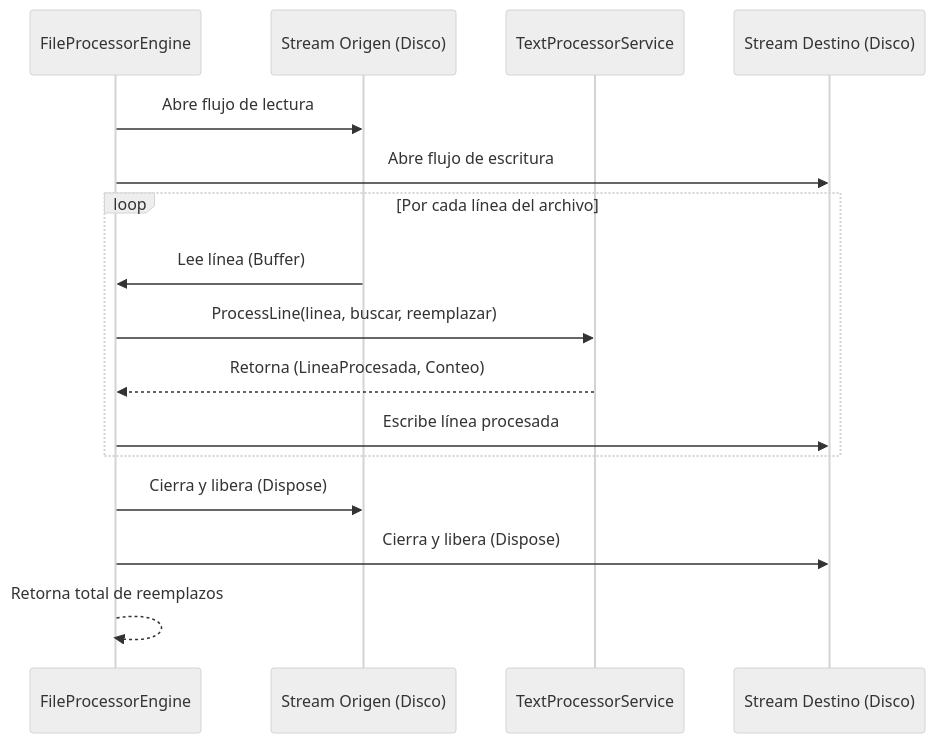
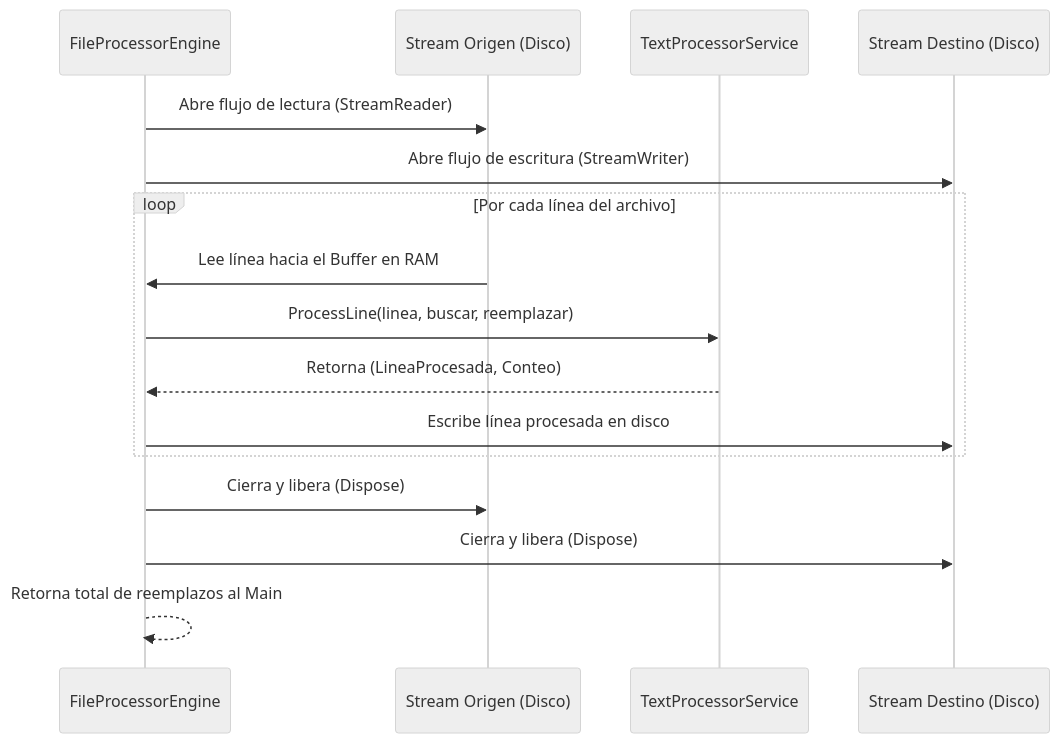
The second of 2 diagrams in README.md (mleyvalamas/app-mll-auraquantic), drawn with Mermaid (neutral theme) before and after one commit. The commit also changed other lines of this file and 2 other files, not shown here.

````diff
--- a/README.md
+++ b/README.md
@@ -76,21 +136,21 @@
 ```mermaid
-    sequenceDiagram
+sequenceDiagram
     participant App as FileProcessorEngine
     participant SRC as Stream Origen (Disco)
     participant PROC as TextProcessorService
     participant DST as Stream Destino (Disco)
 
-    App->>SRC: Abre flujo de lectura
-    App->>DST: Abre flujo de escritura
+    App->>SRC: Abre flujo de lectura (StreamReader)
+    App->>DST: Abre flujo de escritura (StreamWriter)
     
     loop Por cada línea del archivo
-        SRC->>App: Lee línea (Buffer)
+        SRC->>App: Lee línea hacia el Buffer en RAM
         App->>PROC: ProcessLine(linea, buscar, reemplazar)
         PROC-->>App: Retorna (LineaProcesada, Conteo)
-        App->>DST: Escribe línea procesada
+        App->>DST: Escribe línea procesada en disco
     end
     
     App->>SRC: Cierra y libera (Dispose)
     App->>DST: Cierra y libera (Dispose)
-    App-->>App: Retorna total de reemplazos
+    App-->>App: Retorna total de reemplazos al Main
 ```
````
